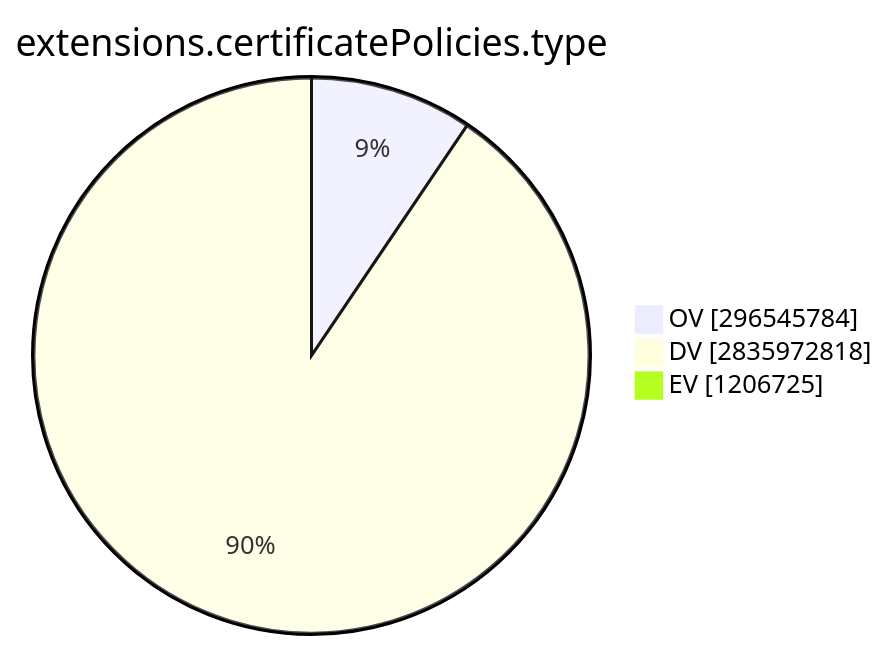
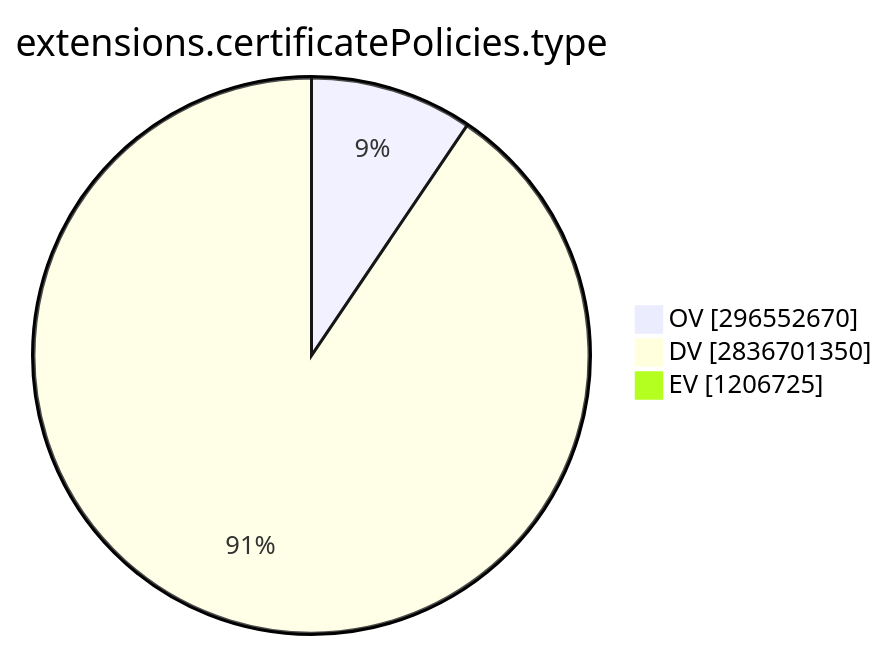
Before and after one commit to christiankrug/ctmonitor_visualization: the ninth of 15 diagrams in TOTAL/README.md, drawn with Mermaid. The commit also changed other lines of this file, not shown here.

````diff
--- a/TOTAL/README.md
+++ b/TOTAL/README.md
@@ -3099,7 +3099,7 @@
 ```mermaid
 pie showData
 title extensions.certificatePolicies.type
-"OV" :296545784
-"DV" :2835972818
+"OV" :296552670
+"DV" :2836701350
 "EV" :1206725
 ```
````
